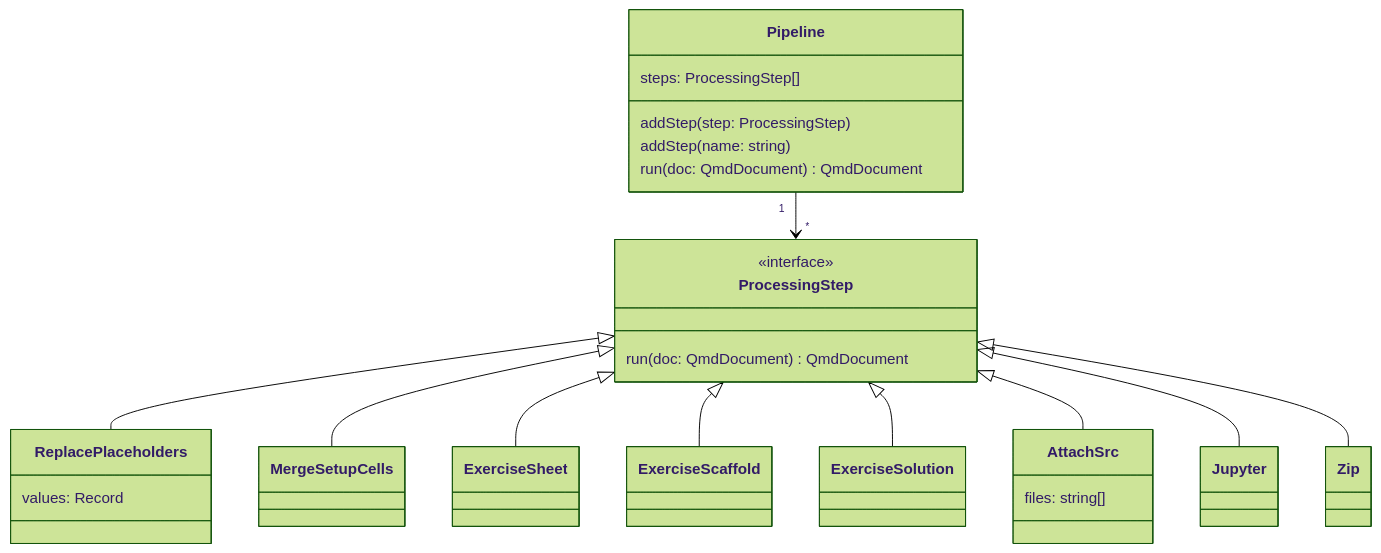
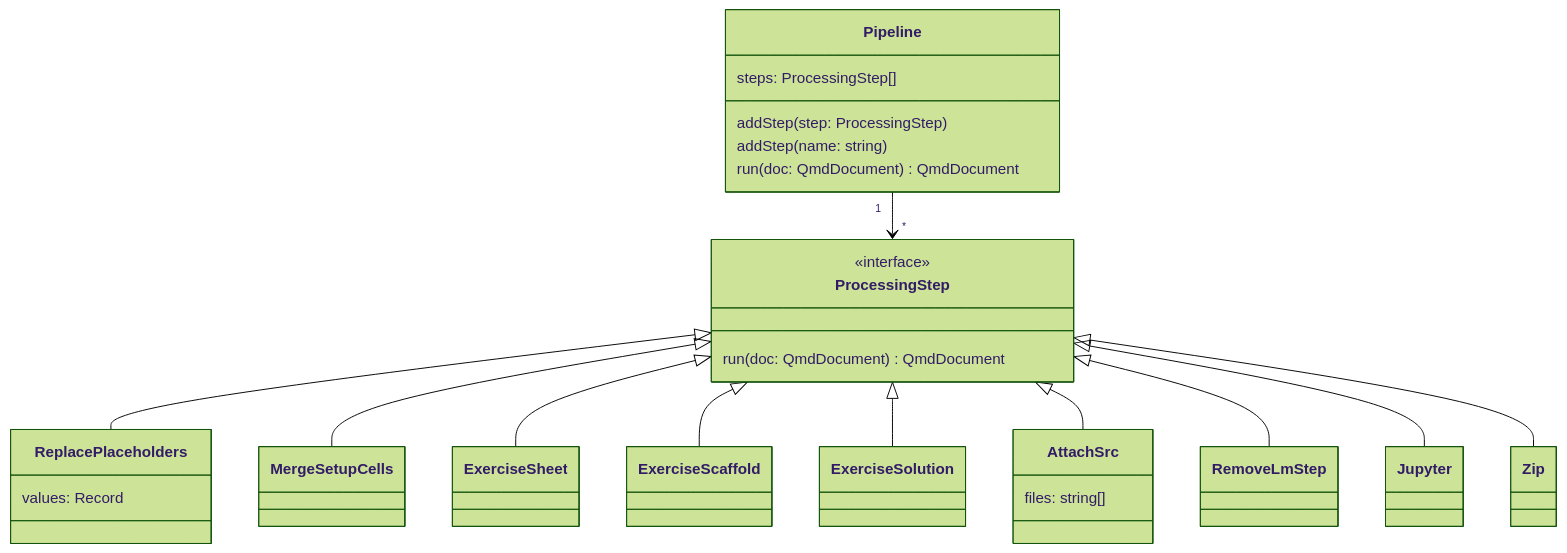
Before and after one commit to matthiasbaitsch/quarto-loi-moi: the third of 5 diagrams in DESIGN.md, drawn with Mermaid (forest theme). The commit also changed other lines of this file and 13 other files, not shown here.

````diff
--- a/DESIGN.md
+++ b/DESIGN.md
@@ -128,29 +128,30 @@
 ```mermaid
 classDiagram
   direction TD
   Pipeline "1" --> "*" ProcessingStep
   ProcessingStep <|-- ReplacePlaceholders
   ProcessingStep <|-- MergeSetupCells
   ProcessingStep <|-- ExerciseSheet
   ProcessingStep <|-- ExerciseScaffold
   ProcessingStep <|-- ExerciseSolution
   ProcessingStep <|-- AttachSrc
+  ProcessingStep <|-- RemoveLmStep
   ProcessingStep <|-- Jupyter
   ProcessingStep <|-- Zip
   class Pipeline {
     steps: ProcessingStep[]
     addStep(step: ProcessingStep)
     addStep(name: string)
     run(doc: QmdDocument) QmdDocument
   }
   class ProcessingStep {
     <<interface>>
     run(doc: QmdDocument) QmdDocument
   }
   class ReplacePlaceholders {
     values: Record
   }
   class AttachSrc {
     files: string[]
   }
 ```
````
